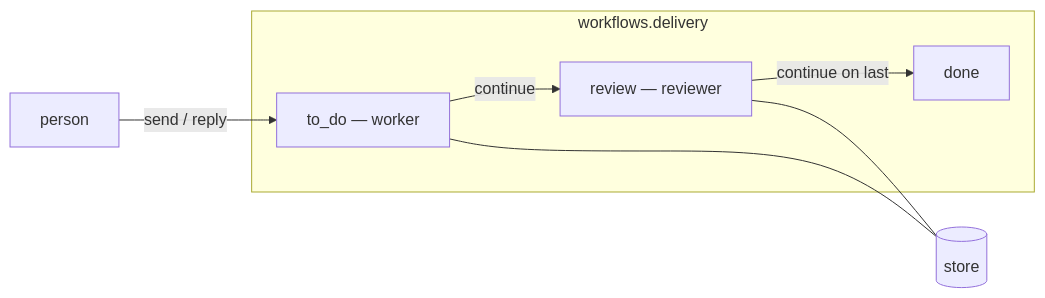
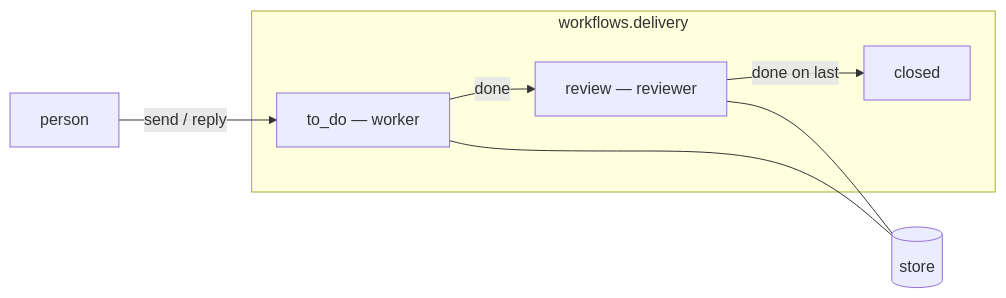
One commit to This-Is-NPC/omunculus changed the third of 10 diagrams in docs/possibilities.md. Above: the diagram before and after it, drawn with Mermaid. The commit also changed other lines of this file and 27 other files, not shown here.

````diff
--- a/docs/possibilities.md
+++ b/docs/possibilities.md
@@ -123,14 +123,14 @@
 ```mermaid
 flowchart LR
     person[person]
     subgraph seq [workflows.delivery]
         todo["to_do — worker"]
         review["review — reviewer"]
-        todo -->|continue| review
-        review -->|continue on last| done[done]
+        todo -->|done| review
+        review -->|done on last| closed[closed]
     end
     store[(store)]
     person -->|send / reply| todo
     todo --- store
     review --- store
 ```
````
